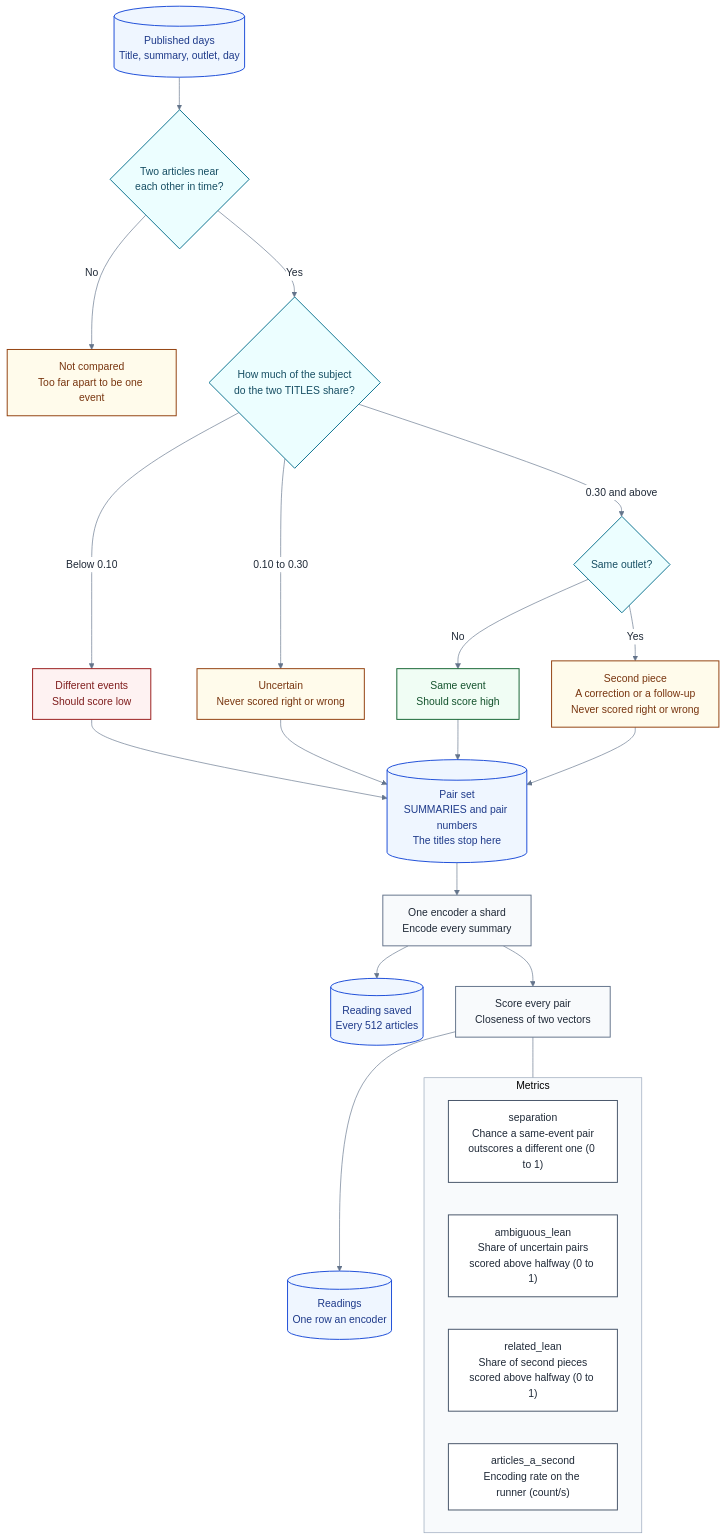
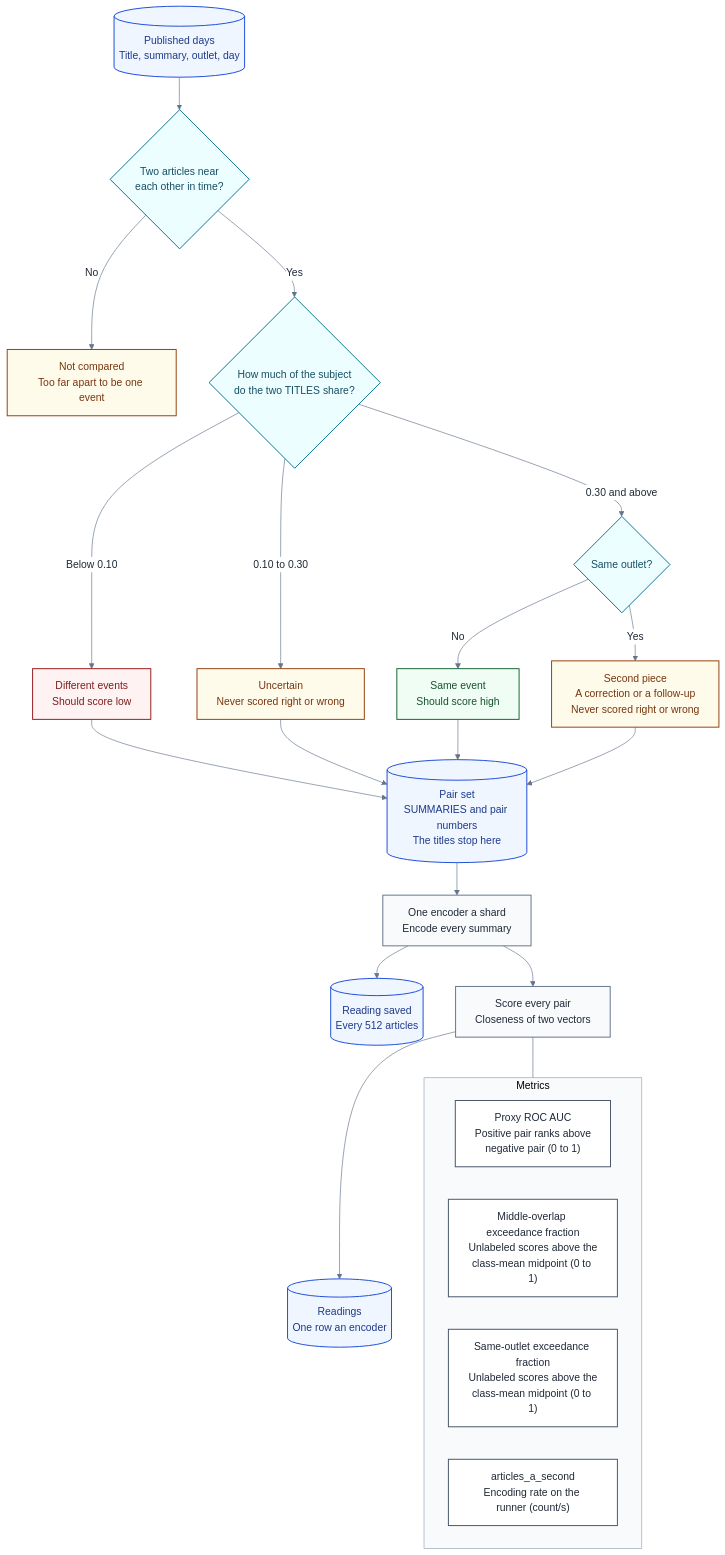
One commit to miztiik/yen-idhazh changed the first of 2 diagrams in corpus/encoder-comparison-1/README.md. Above: the diagram before and after it, drawn with Mermaid. The commit also changed other lines of this file and 5 other files, not shown here.

````diff
--- a/corpus/encoder-comparison-1/README.md
+++ b/corpus/encoder-comparison-1/README.md
@@ -103,49 +103,49 @@
 ```mermaid
 %%{init: {"theme": "base", "themeVariables": {"fontFamily": "sans-serif", "primaryColor": "#f8fafc", "primaryTextColor": "#1f2937", "primaryBorderColor": "#64748b", "lineColor": "#64748b", "textColor": "#1f2937", "clusterBkg": "#f8fafc", "clusterBorder": "#94a3b8", "edgeLabelBackground": "#ffffff"}}}%%
 flowchart TD
   ARCHIVE[("Published days<br/>Title, summary, outlet, day")] --> NEIGHBOUR{"Two articles near<br/>each other in time?"}
   NEIGHBOUR -->|"No"| SKIP["Not compared<br/>Too far apart to be one event"]
   NEIGHBOUR -->|"Yes"| OVERLAP{"How much of the subject<br/>do the two TITLES share?"}
 
   OVERLAP -->|"Below 0.10"| DIFFBUCKET["Different events<br/>Should score low"]
   OVERLAP -->|"0.10 to 0.30"| MIDBUCKET["Uncertain<br/>Never scored right or wrong"]
   OVERLAP -->|"0.30 and above"| OUTLET{"Same outlet?"}
 
   OUTLET -->|"No"| SAMEBUCKET["Same event<br/>Should score high"]
   OUTLET -->|"Yes"| RELBUCKET["Second piece<br/>A correction or a follow-up<br/>Never scored right or wrong"]
 
   SAMEBUCKET --> PAIRSET[("Pair set<br/>SUMMARIES and pair numbers<br/>The titles stop here")]
   DIFFBUCKET --> PAIRSET
   MIDBUCKET --> PAIRSET
   RELBUCKET --> PAIRSET
 
   PAIRSET --> ENCODE["One encoder a shard<br/>Encode every summary"]
   ENCODE --> PROGRESS[("Reading saved<br/>Every 512 articles")]
   ENCODE --> SCORE["Score every pair<br/>Closeness of two vectors"]
   SCORE --> TABLE[("Readings<br/>One row an encoder")]
 
   subgraph OBSERVED["Metrics"]
-    SEPARATION["separation<br/>Chance a same-event pair<br/>outscores a different one (0 to 1)"]
-    LEAN["ambiguous_lean<br/>Share of uncertain pairs<br/>scored above halfway (0 to 1)"]
-    SECOND["related_lean<br/>Share of second pieces<br/>scored above halfway (0 to 1)"]
+    SEPARATION["Proxy ROC AUC<br/>Positive pair ranks above<br/>negative pair (0 to 1)"]
+    LEAN["Middle-overlap exceedance fraction<br/>Unlabeled scores above the<br/>class-mean midpoint (0 to 1)"]
+    SECOND["Same-outlet exceedance fraction<br/>Unlabeled scores above the<br/>class-mean midpoint (0 to 1)"]
     RATE["articles_a_second<br/>Encoding rate on the runner (count/s)"]
   end
 
   SCORE --- OBSERVED
 
   classDef stage fill:#f8fafc,stroke:#64748b,stroke-width:1.5px,color:#1f2937;
   classDef decision fill:#ecfeff,stroke:#0e7490,stroke-width:1.5px,color:#164e63;
   classDef yes fill:#f0fdf4,stroke:#166534,stroke-width:1.5px,color:#14532d;
   classDef no fill:#fef2f2,stroke:#991b1b,stroke-width:1.5px,color:#7f1d1d;
   classDef warn fill:#fffbeb,stroke:#92400e,stroke-width:1.5px,color:#78350f;
   classDef data fill:#eff6ff,stroke:#1d4ed8,stroke-width:1.5px,color:#1e3a8a;
   classDef metric fill:#ffffff,stroke:#475569,stroke-width:1.5px,color:#1f2937;
 
   class ENCODE,SCORE stage;
   class NEIGHBOUR,OUTLET,OVERLAP decision;
   class SAMEBUCKET yes;
   class DIFFBUCKET no;
   class MIDBUCKET,RELBUCKET,SKIP warn;
   class ARCHIVE,PAIRSET,PROGRESS,TABLE data;
   class SEPARATION,LEAN,SECOND,RATE metric;
 ```
````
